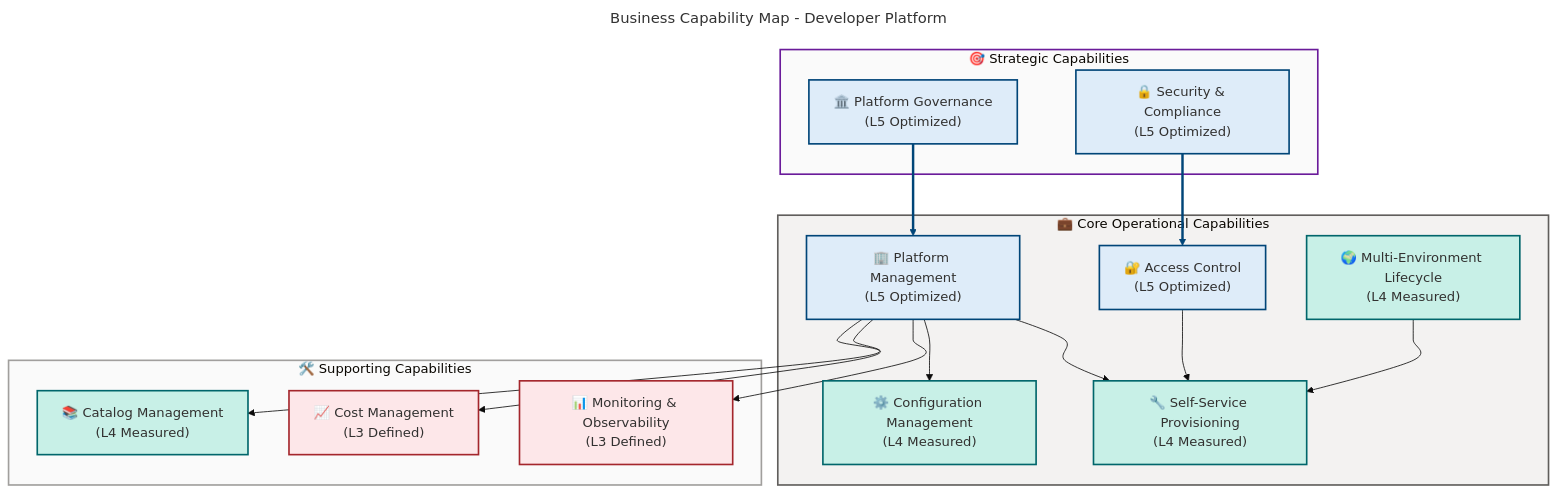
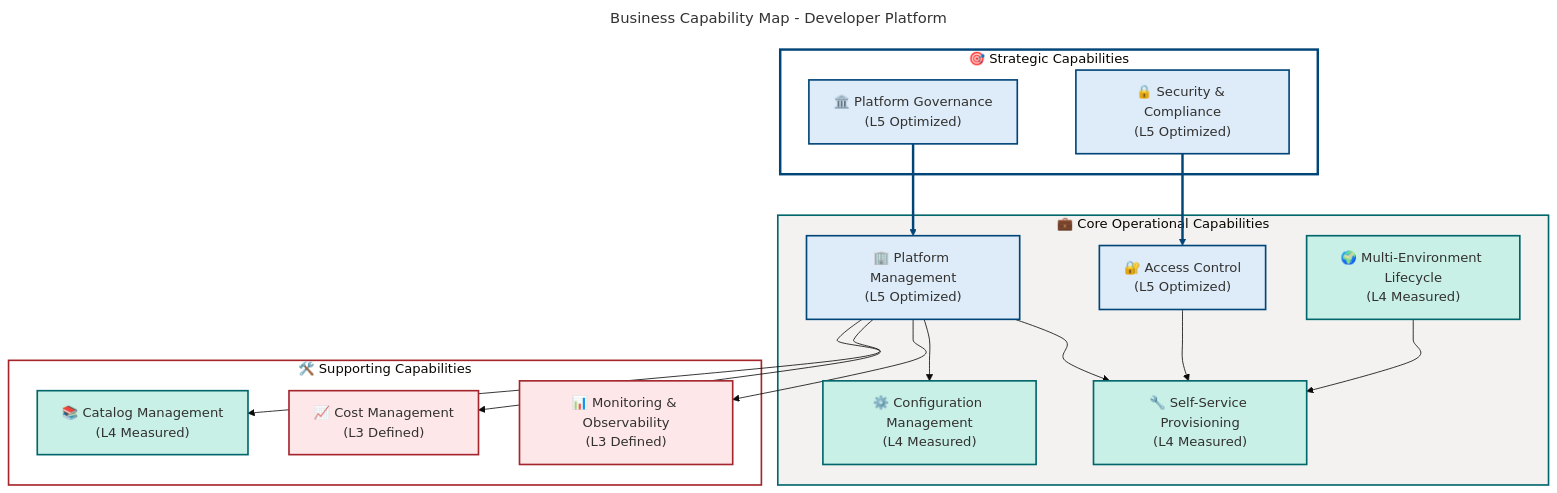
One commit to Evilazaro/DevExp-DevBox changed the first of 4 diagrams in docs/architecture/Business-Architecture.md. Above: the diagram before and after it, drawn with Mermaid. The commit also changed 1 other file, not shown here.

Commit message:
fix: enhance clarity and detail in Business and Data Architecture documentation

````diff
--- a/docs/architecture/Business-Architecture.md
+++ b/docs/architecture/Business-Architecture.md
@@ -116,11 +116,11 @@
     %% AZURE / FLUENT ARCHITECTURE PATTERN v1.1
     %% (Semantic + Structural + Font + Accessibility Governance)
     %% ═══════════════════════════════════════════════════════════════════════════
-    %% PHASE 1 - STRUCTURAL: TB direction explicit, neutral containers, nesting = 2 levels
+    %% PHASE 1 - STRUCTURAL: TB direction explicit, flat topology, nesting = 0
     %% PHASE 2 - SEMANTIC: 3 semantic classes with architectural justification:
-    %%   Level 5 capabilities (blue) = optimized maturity
-    %%   Level 4 capabilities (teal) = measured maturity
-    %%   Level 3 capabilities (orange) = defined maturity
+    %%   Level 5 capabilities (azureBlue #DEECF9) = optimized maturity
+    %%   Level 4 capabilities (presenceTeal #C8F0E7) = measured maturity
+    %%   Level 3 capabilities (errorRed #FDE7E9) = defined maturity
     %% PHASE 3 - FONT: Dark text #323130 on light backgrounds (WCAG AA 4.5:1 contrast)
     %% PHASE 4 - ACCESSIBILITY: accTitle/accDescr present, all nodes have emoji icons
     %% PHASE 5 - STANDARD: Neutral-first containers, semantic colors only on content nodes
@@ -177,7 +177,7 @@
     classDef sharedYellow fill:#FFF4CE,stroke:#986F0B,stroke-width:2px,color:#323130
     classDef warningOrange fill:#FDE7E9,stroke:#8A3707,stroke-width:2px,color:#323130
     classDef neutralPurple fill:#E1DFDD,stroke:#5B5FC7,stroke-width:2px,color:#323130
-    classDef presenceTeal fill:#C8F0E7,stroke:#323130,stroke-width:2px,color:#323130
+    classDef presenceTeal fill:#C8F0E7,stroke:#00666B,stroke-width:2px,color:#323130
     classDef neutralGrey fill:#F3F2F1,stroke:#605E5C,stroke-width:2px,color:#323130
 
     %% Semantic class mappings for this diagram (3 used)
@@ -185,8 +185,8 @@
     classDef level4 fill:#C8F0E7,stroke:#00666B,stroke-width:2px,color:#323130
     classDef level3 fill:#FDE7E9,stroke:#A4262C,stroke-width:2px,color:#323130
 
-    %% Subgraph styling (3 subgraphs = 3 neutral style directives)
-    style STRATEGIC fill:#FAFAFA,stroke:#6A1B9A,stroke-width:2px
-    style CORE fill:#F3F2F1,stroke:#605E5C,stroke-width:2px
-    style SUPPORT fill:#FAFAFA,stroke:#A19F9D,stroke-width:2px
+    %% Subgraph styling (3 subgraphs = 3 style directives)
+    style STRATEGIC fill:#FFFFFF,stroke:#004578,stroke-width:3px
+    style CORE fill:#F3F2F1,stroke:#00666B,stroke-width:2px
+    style SUPPORT fill:#FFFFFF,stroke:#A4262C,stroke-width:2px
 ```
````
